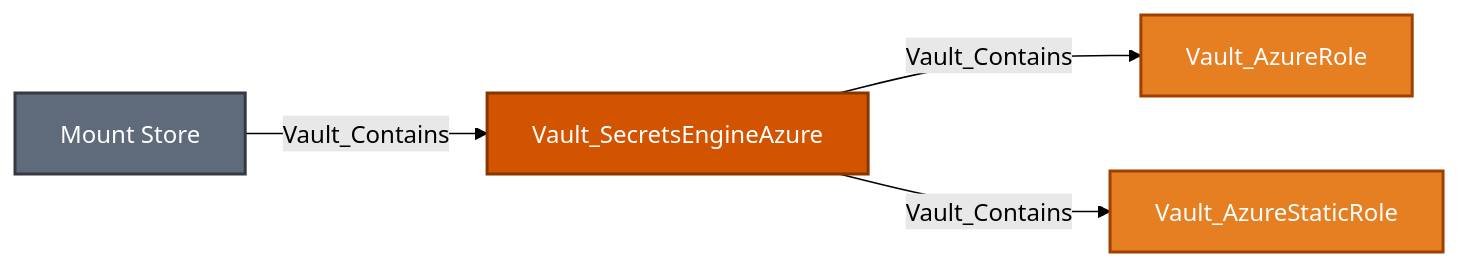
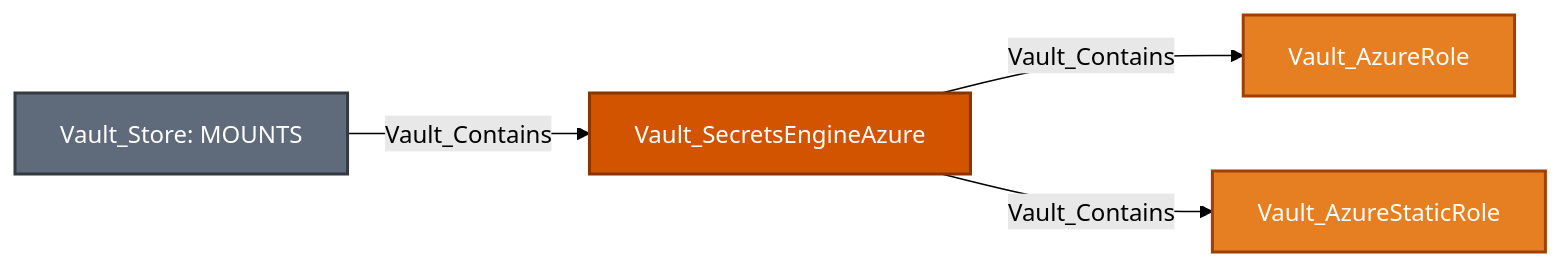
The fifth of 29 diagrams in Documentation/stores/MOUNTS.md (bytewreck/opengraph-vault), drawn with Mermaid (forest theme) before and after one commit. The commit also changed other lines of this file and 13 other files, not shown here.

````diff
--- a/Documentation/stores/MOUNTS.md
+++ b/Documentation/stores/MOUNTS.md
@@ -260,10 +285,10 @@
 ```mermaid
 flowchart LR
-    store[Mount Store]:::storeNode -->|Vault_Contains| mount[Vault_SecretsEngineAzure]:::mountNode
+    store[Vault_Store: MOUNTS]:::storeNode -->|Vault_Contains| mount[Vault_SecretsEngineAzure]:::mountNode
     mount -->|Vault_Contains| dynamic[Vault_AzureRole]:::secretObjectNode
     mount -->|Vault_Contains| static[Vault_AzureStaticRole]:::secretObjectNode
 
     classDef storeNode fill:#5F6B7A,color:#fff,stroke:#343A40,stroke-width:2px
     classDef mountNode fill:#D35400,color:#fff,stroke:#873600,stroke-width:2px
     classDef secretObjectNode fill:#E67E22,color:#fff,stroke:#A04000,stroke-width:2px
 ```
````
